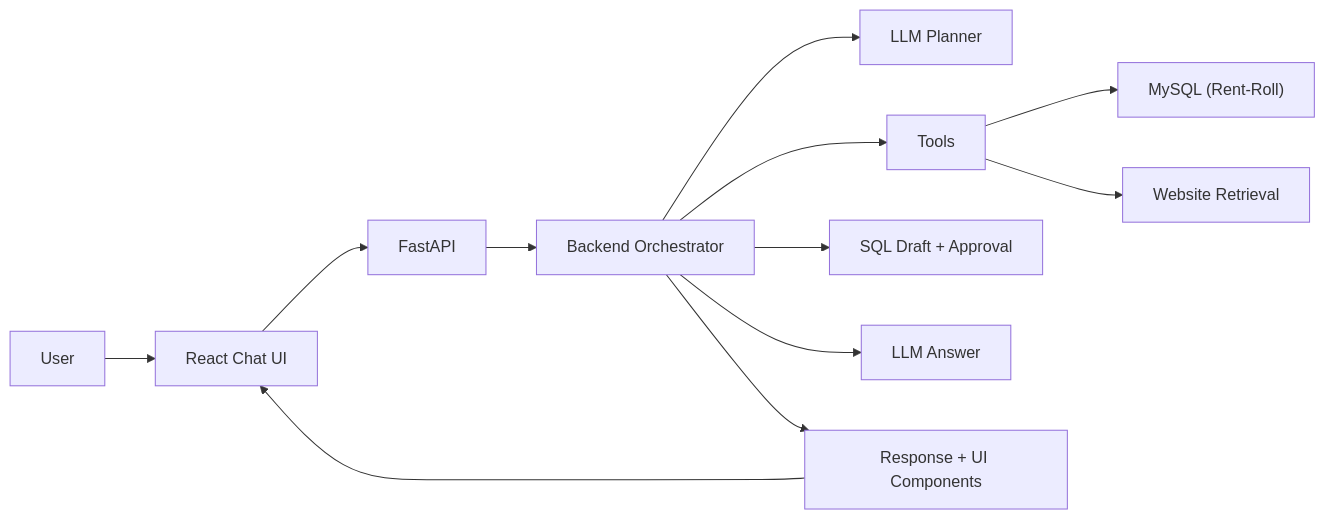
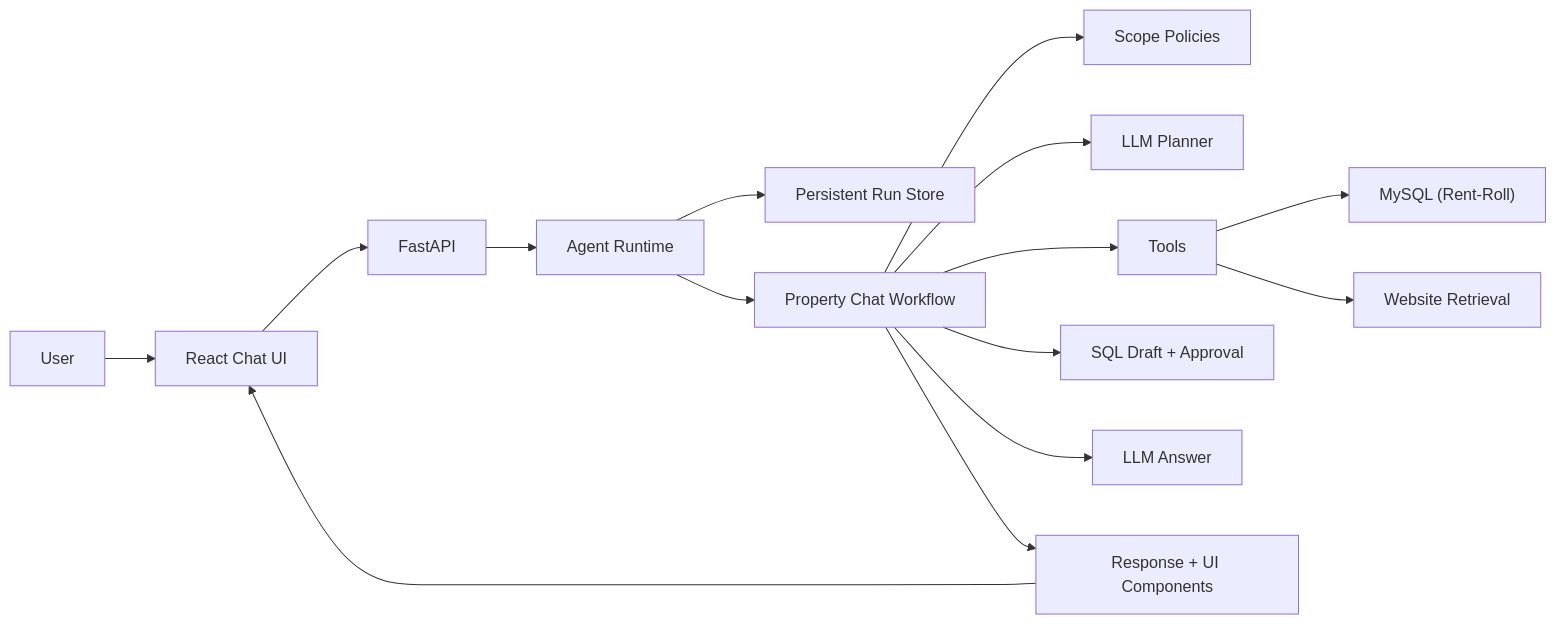
One commit to nanda1045/Property_Chatbot changed the diagram in README.md. Above: the diagram before and after it, drawn with Mermaid. The commit also changed other lines of this file and 22 other files, not shown here.

Commit message:
Add persistent agent runtime foundation

````diff
--- a/README.md
+++ b/README.md
@@ -233,14 +244,17 @@
 ```mermaid
 flowchart LR
   User["User"] --> UI["React Chat UI"]
   UI --> API["FastAPI"]
-  API --> Orchestrator["Backend Orchestrator"]
-  Orchestrator --> Planner["LLM Planner"]
-  Orchestrator --> Tools["Tools"]
+  API --> Runtime["Agent Runtime"]
+  Runtime --> RunStore["Persistent Run Store"]
+  Runtime --> Workflow["Property Chat Workflow"]
+  Workflow --> Policies["Scope Policies"]
+  Workflow --> Planner["LLM Planner"]
+  Workflow --> Tools["Tools"]
   Tools --> MySQL["MySQL (Rent-Roll)"]
   Tools --> Retrieval["Website Retrieval"]
-  Orchestrator --> SQLApproval["SQL Draft + Approval"]
-  Orchestrator --> LLM["LLM Answer"]
-  Orchestrator --> Response["Response + UI Components"]
+  Workflow --> SQLApproval["SQL Draft + Approval"]
+  Workflow --> LLM["LLM Answer"]
+  Workflow --> Response["Response + UI Components"]
   Response --> UI
 ```
````
